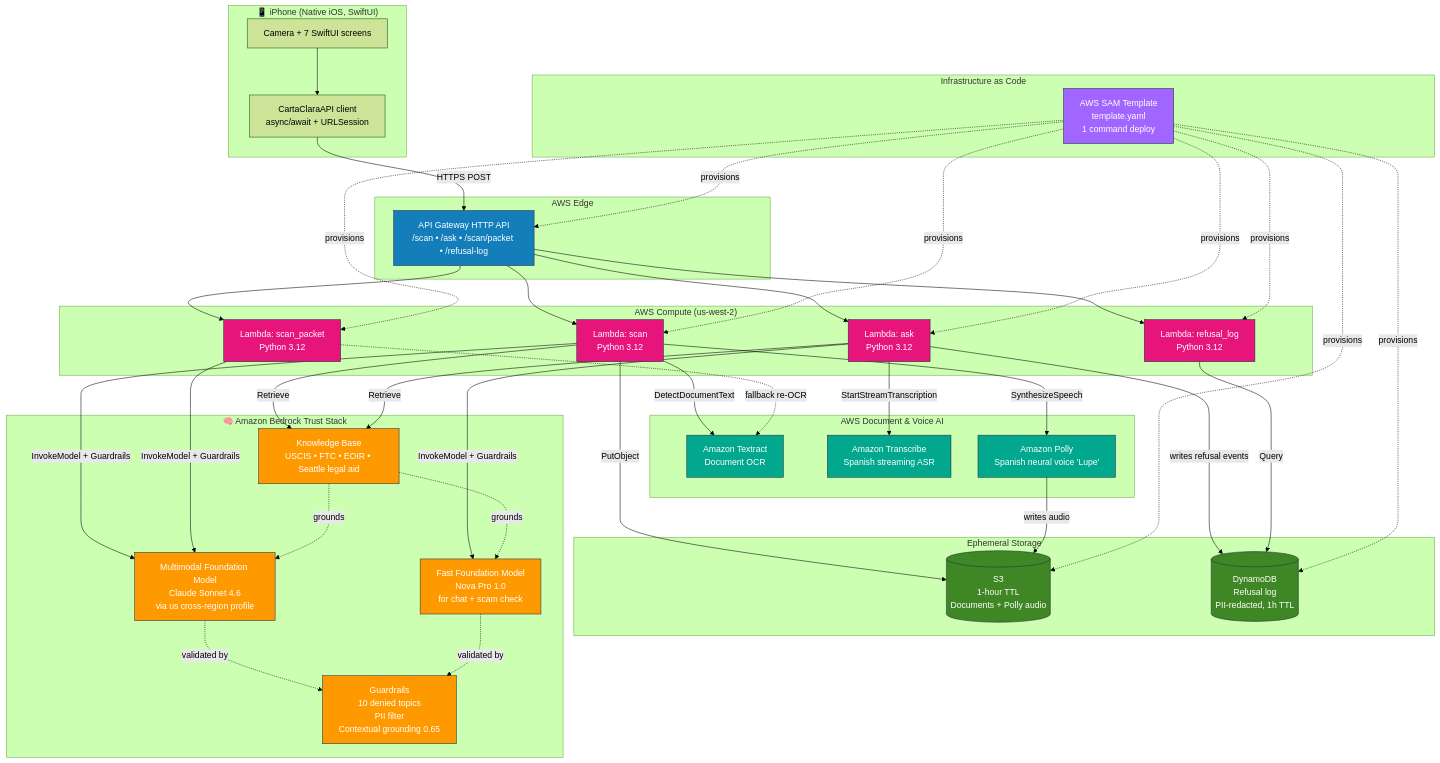
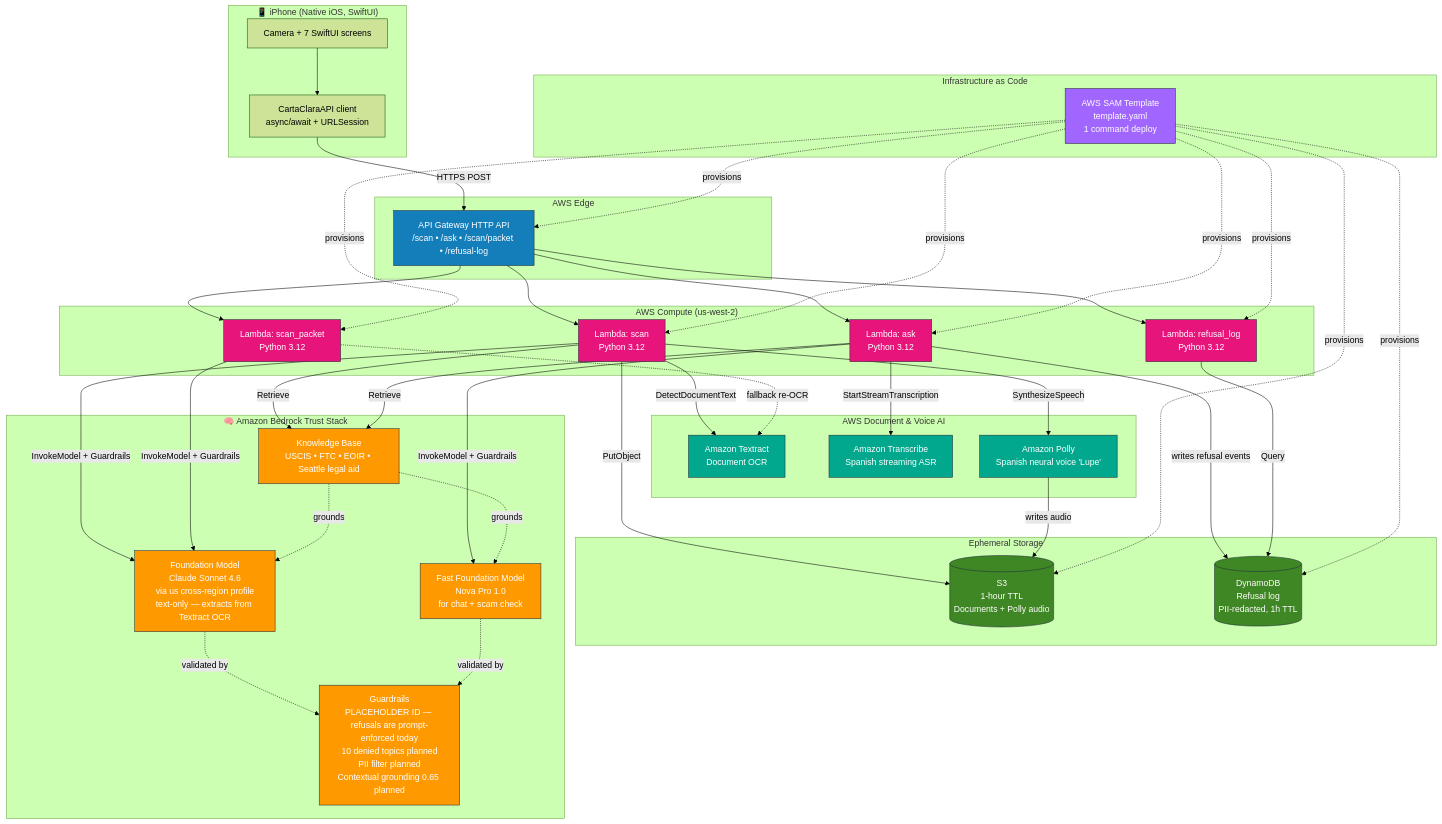
Before and after one commit to alexpicon/carta-clara-aws: the diagram in docs/ARCHITECTURE.md, drawn with Mermaid (forest theme). The commit also changed other lines of this file and 9 other files, not shown here.

```diff
--- a/docs/ARCHITECTURE.md
+++ b/docs/ARCHITECTURE.md
@@ -31,10 +31,10 @@
     end
 
     subgraph Bedrock["🧠 Amazon Bedrock Trust Stack"]
-        BM[Multimodal Foundation Model<br/>Claude Sonnet 4.6<br/>via us cross-region profile]
+        BM[Foundation Model<br/>Claude Sonnet 4.6<br/>via us cross-region profile<br/>text-only — extracts from Textract OCR]
         BFAST[Fast Foundation Model<br/>Nova Pro 1.0<br/>for chat + scam check]
         KB[Knowledge Base<br/>USCIS • FTC • EOIR • Seattle legal aid]
-        GR[Guardrails<br/>10 denied topics<br/>PII filter<br/>Contextual grounding 0.65]
+        GR[Guardrails<br/>PLACEHOLDER ID — refusals are prompt-enforced today<br/>10 denied topics planned<br/>PII filter planned<br/>Contextual grounding 0.65 planned]
     end
 
     subgraph DocVoice["AWS Document & Voice AI"]
```
